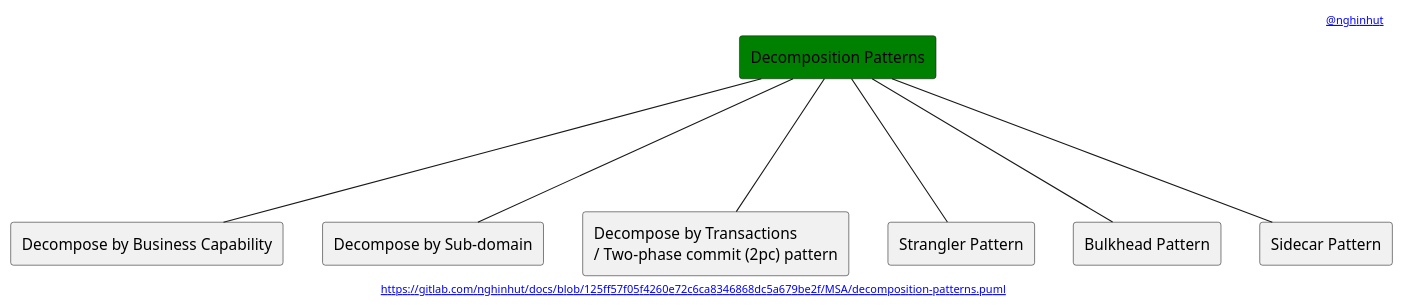
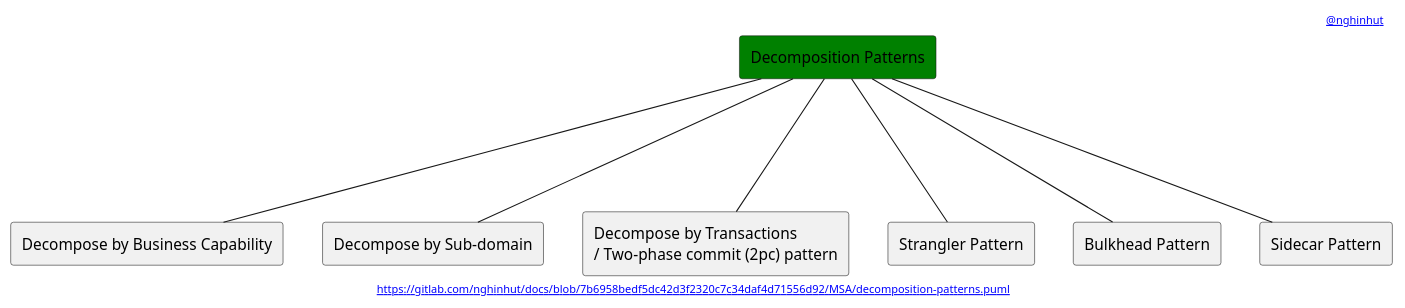
Before and after one commit to nghinhut/docs: the diagram in MSA/decomposition-patterns.puml, drawn with PlantUML. The commit also changed 27 other files, not shown here.

```diff
--- a/MSA/decomposition-patterns.puml
+++ b/MSA/decomposition-patterns.puml
@@ -1,22 +1,22 @@
 @startuml
 '-----START auto generated metadata please keep comment here to allow auto update-----
 '-----DON'T EDIT THIS SECTION, INSTEAD RE-RUN prebuild.sh TO UPDATE-----
-header [[https://www.nghinhut.dev?from=http%5C%3A%5C%2F%5C%2Fwww%5C.plantuml%5C.com%5C%2Fplantuml%5C%2Fproxy%3Ffmt%3Dsvg%5C%26src%3Dhttps%5C%3A%5C%2F%5C%2Fgitlab%5C.com%5C%2Fnghinhut%5C%2Fdocs%5C%2Fraw%5C%2F125ff57f05f4260e72c6ca8346868dc5a679be2f%5C%2FMSA%5C%2Fdecomposition-patterns%5C.puml%0A @nghinhut]]
-footer [[http://www.plantuml.com/plantuml/proxy?fmt=svg&src=https://gitlab.com/nghinhut/docs/raw/125ff57f05f4260e72c6ca8346868dc5a679be2f/MSA/decomposition-patterns.puml https://gitlab.com/nghinhut/docs/blob/125ff57f05f4260e72c6ca8346868dc5a679be2f/MSA/decomposition-patterns.puml]]
+header [[https://www.nghinhut.dev?from=http%5C%3A%5C%2F%5C%2Fwww%5C.plantuml%5C.com%5C%2Fplantuml%5C%2Fproxy%3Ffmt%3Dsvg%5C%26src%3Dhttps%5C%3A%5C%2F%5C%2Fgitlab%5C.com%5C%2Fnghinhut%5C%2Fdocs%5C%2Fraw%5C%2F7b6958bedf5dc42d3f2320c7c34daf4d71556d92%5C%2FMSA%5C%2Fdecomposition-patterns%5C.puml%0A @nghinhut]]
+footer [[http://www.plantuml.com/plantuml/proxy?fmt=svg&src=https://gitlab.com/nghinhut/docs/raw/7b6958bedf5dc42d3f2320c7c34daf4d71556d92/MSA/decomposition-patterns.puml https://gitlab.com/nghinhut/docs/blob/7b6958bedf5dc42d3f2320c7c34daf4d71556d92/MSA/decomposition-patterns.puml]]
 '-----END auto generated metadata please keep comment here to allow auto update-----
 
 rectangle "Decomposition Patterns" as Decomposition #green
 
 rectangle "Decompose by Business Capability" as DecompositionP1
 rectangle "Decompose by Sub-domain" as DecompositionP2
 rectangle "Decompose by Transactions\n/ Two-phase commit (2pc) pattern" as DecompositionP3
 rectangle "Strangler Pattern" as DecompositionP4
 rectangle "Bulkhead Pattern" as DecompositionP5
 rectangle "Sidecar Pattern" as DecompositionP6
 Decomposition --- DecompositionP1
 Decomposition --- DecompositionP2
 Decomposition --- DecompositionP3
 Decomposition --- DecompositionP4
 Decomposition --- DecompositionP5
 Decomposition --- DecompositionP6
 @enduml
```
